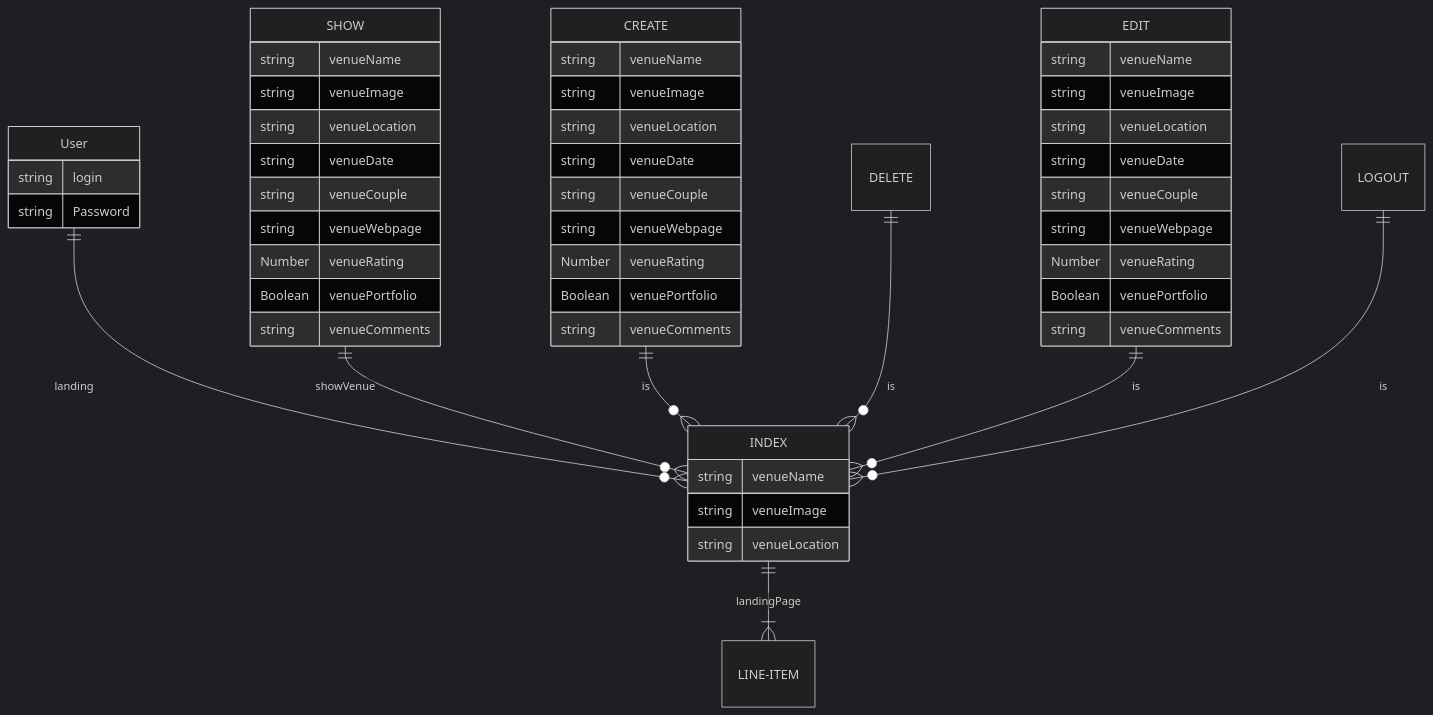
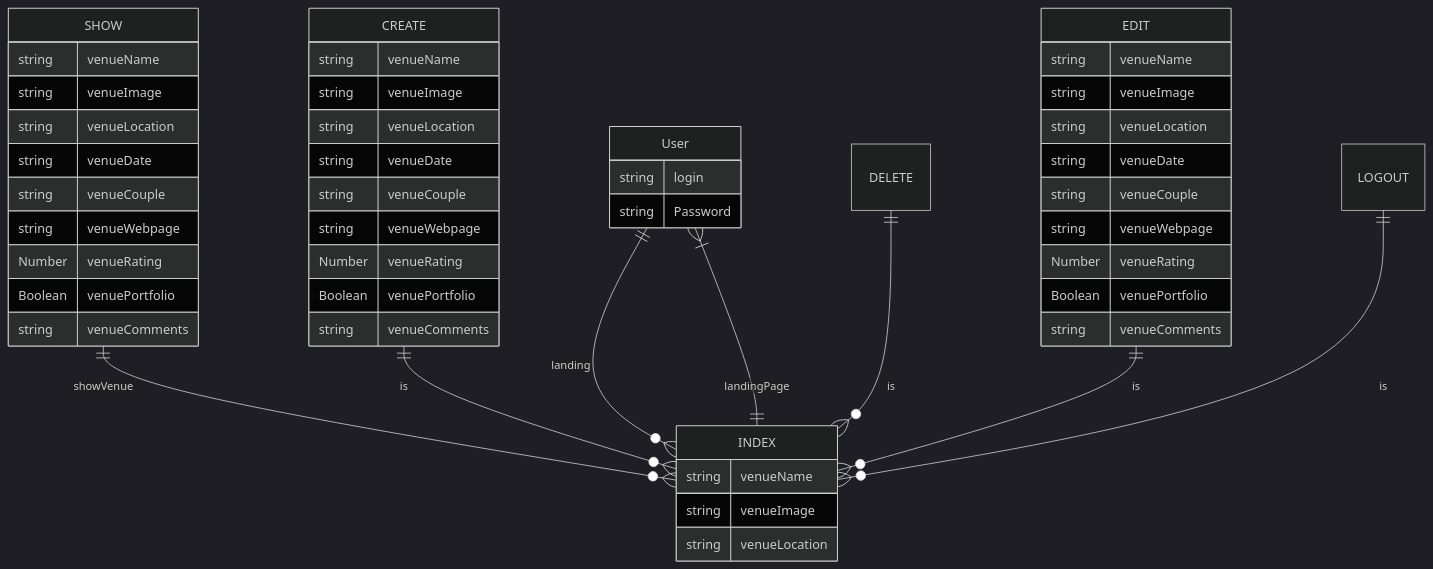
One commit to adriancgarcia/project2-photo-assistant changed the diagram in readme.md. Above: the diagram before and after it, drawn with Mermaid (dark theme).

````diff
--- a/readme.md
+++ b/readme.md
@@ -41,61 +41,61 @@
 ``` mermaid
 erDiagram
     User ||--o{ INDEX: landing
     User {
         string login
         string Password
     }
-    INDEX ||--|{ LINE-ITEM : landingPage
+    INDEX ||--|{ User : landingPage
     INDEX {
         string venueName
         string venueImage
         string venueLocation
     }
     SHOW || --o{ INDEX : showVenue
     SHOW{
         string venueName
         string venueImage
         string venueLocation
         string venueDate
         string venueCouple
         string venueWebpage
         Number venueRating
         Boolean venuePortfolio
         string venueComments
     }
     CREATE || --o{ INDEX : is
     CREATE {
         string venueName
         string venueImage
         string venueLocation
         string venueDate
         string venueCouple
         string venueWebpage
         Number venueRating
         Boolean venuePortfolio
         string venueComments
     }
     DELETE || --o{ INDEX : is
     DELETE {
 
 
     }
     EDIT || --o{ INDEX : is
     EDIT {
         string venueName
         string venueImage
         string venueLocation
         string venueDate
         string venueCouple
         string venueWebpage
         Number venueRating
         Boolean venuePortfolio
         string venueComments
     }
     LOGOUT || --o{ INDEX : is
     LOGOUT {
 
     }
     
 
 ```
````
